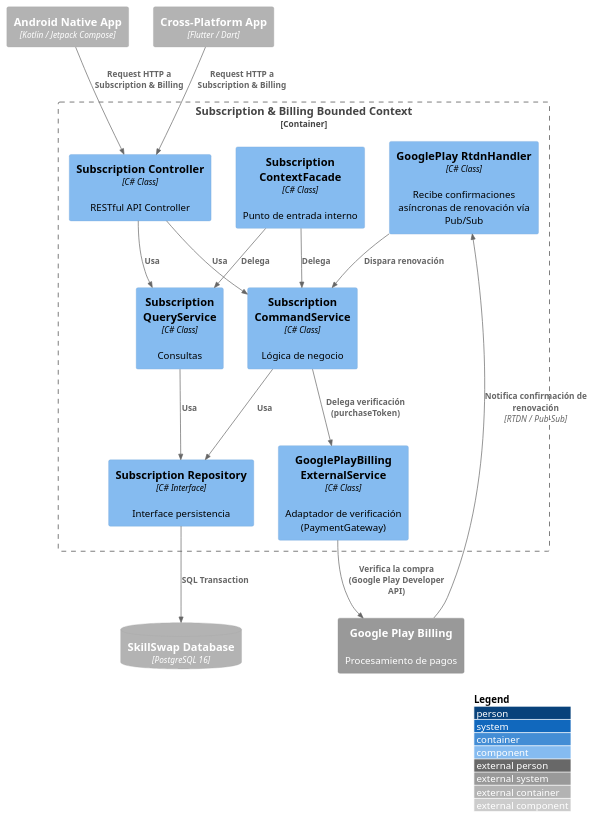
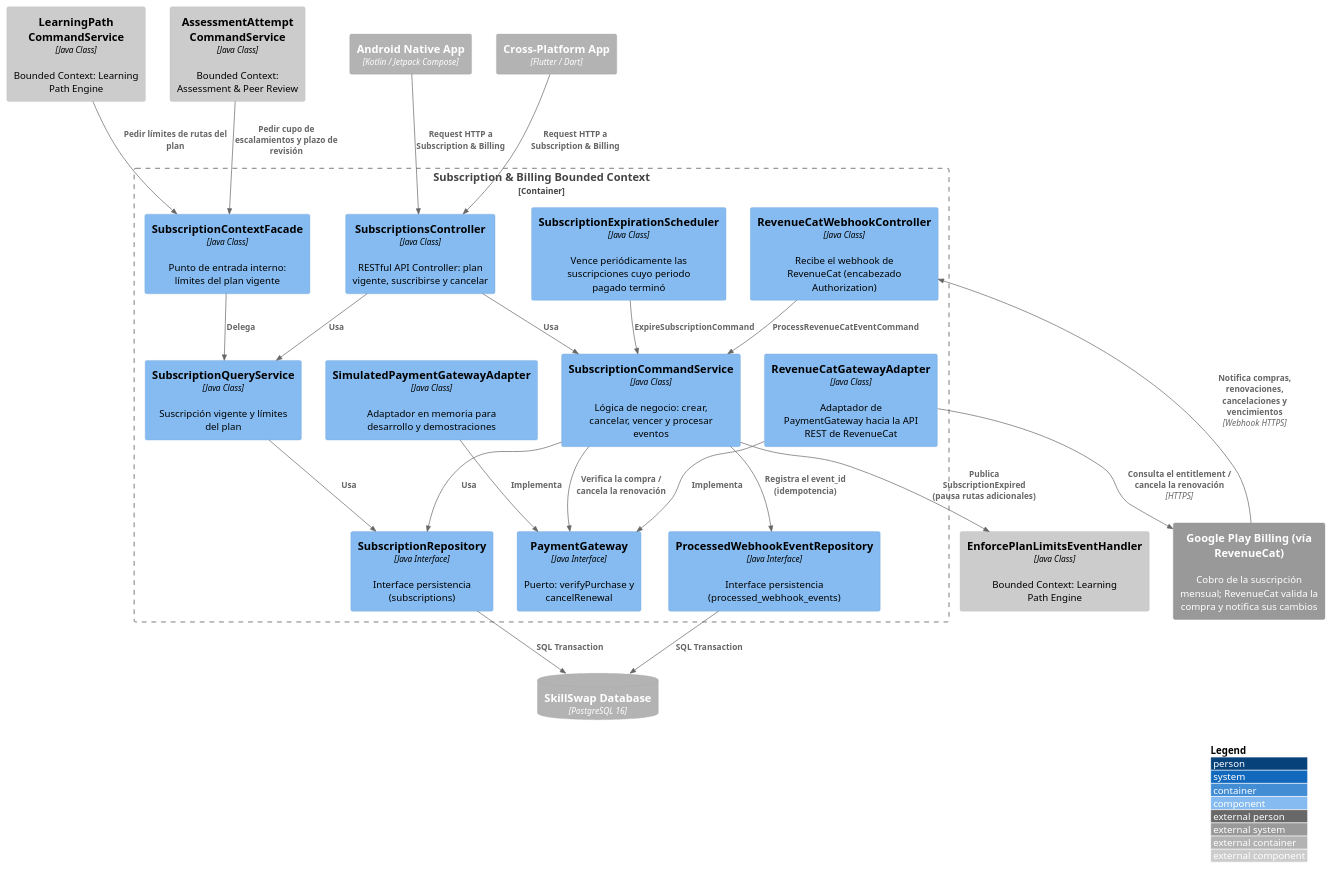
Before and after one commit to Aplicaciones-Dispositivos-Moviles/SkillSwap-ProjectReport: the diagram in DB&C4/Component_Diagram_Subscription_Billing.puml, drawn with PlantUML. The commit also changed 32 other files, not shown here.

First line of the commit message:
docs(images): regenerate C4, context map and class diagrams from updated PlantUML sources

```diff
--- a/DB&C4/Component_Diagram_Subscription_Billing.puml
+++ b/DB&C4/Component_Diagram_Subscription_Billing.puml
@@ -1,40 +1,54 @@
 @startuml SubscriptionBillingComponent
 !include https://raw.githubusercontent.com/plantuml-stdlib/C4-PlantUML/master/C4_Component.puml
 
 LAYOUT_WITH_LEGEND()
 
 Container_Ext(androidApp, "Android Native App", "Kotlin / Jetpack Compose")
 Container_Ext(flutterApp, "Cross-Platform App", "Flutter / Dart")
 ContainerDb_Ext(mainDB, "SkillSwap Database", "PostgreSQL 16")
-System_Ext(googlePlayBilling, "Google Play Billing", "Procesamiento de pagos")
+System_Ext(revenueCat, "Google Play Billing (vía RevenueCat)", "Cobro de la suscripción mensual; RevenueCat valida la compra y notifica sus cambios")
 
 Container_Boundary(subscriptionBC, "Subscription & Billing Bounded Context") {
-    Component(subscriptionController, "Subscription Controller", "C# Class", "RESTful API Controller")
-    Component(subscriptionCommandService, "Subscription CommandService", "C# Class", "Lógica de negocio")
-    Component(subscriptionQueryService, "Subscription QueryService", "C# Class", "Consultas")
-    Component(subscriptionRepository, "Subscription Repository", "C# Interface", "Interface persistencia")
-    Component(googlePlayGatewayExternal, "GooglePlayBilling ExternalService", "C# Class", "Adaptador de verificación (PaymentGateway)")
-    Component(rtdnHandler, "GooglePlay RtdnHandler", "C# Class", "Recibe confirmaciones asíncronas de renovación vía Pub/Sub")
-    Component(subscriptionContextFacade, "Subscription ContextFacade", "C# Class", "Punto de entrada interno")
+    Component(subscriptionsController, "SubscriptionsController", "Java Class", "RESTful API Controller: plan vigente, suscribirse y cancelar")
+    Component(webhookController, "RevenueCatWebhookController", "Java Class", "Recibe el webhook de RevenueCat (encabezado Authorization)")
+    Component(subscriptionCommandService, "SubscriptionCommandService", "Java Class", "Lógica de negocio: crear, cancelar, vencer y procesar eventos")
+    Component(subscriptionQueryService, "SubscriptionQueryService", "Java Class", "Suscripción vigente y límites del plan")
+    Component(expirationScheduler, "SubscriptionExpirationScheduler", "Java Class", "Vence periódicamente las suscripciones cuyo periodo pagado terminó")
+    Component(paymentGateway, "PaymentGateway", "Java Interface", "Puerto: verifyPurchase y cancelRenewal")
+    Component(revenueCatAdapter, "RevenueCatGatewayAdapter", "Java Class", "Adaptador de PaymentGateway hacia la API REST de RevenueCat")
+    Component(simulatedAdapter, "SimulatedPaymentGatewayAdapter", "Java Class", "Adaptador en memoria para desarrollo y demostraciones")
+    Component(subscriptionRepository, "SubscriptionRepository", "Java Interface", "Interface persistencia (subscriptions)")
+    Component(webhookEventRepository, "ProcessedWebhookEventRepository", "Java Interface", "Interface persistencia (processed_webhook_events)")
+    Component(subscriptionContextFacade, "SubscriptionContextFacade", "Java Class", "Punto de entrada interno: límites del plan vigente")
 }
 
-Rel(androidApp, subscriptionController, "Request HTTP a Subscription & Billing")
-Rel(flutterApp, subscriptionController, "Request HTTP a Subscription & Billing")
+Component_Ext(learningPathCommandService, "LearningPath CommandService", "Java Class", "Bounded Context: Learning Path Engine")
+Component_Ext(enforcePlanLimitsHandler, "EnforcePlanLimitsEventHandler", "Java Class", "Bounded Context: Learning Path Engine")
+Component_Ext(assessmentCommandService, "AssessmentAttempt CommandService", "Java Class", "Bounded Context: Assessment & Peer Review")
 
-Rel(subscriptionController, subscriptionCommandService, "Usa")
-Rel(subscriptionController, subscriptionQueryService, "Usa")
+Rel(androidApp, subscriptionsController, "Request HTTP a Subscription & Billing")
+Rel(flutterApp, subscriptionsController, "Request HTTP a Subscription & Billing")
+Rel(revenueCat, webhookController, "Notifica compras, renovaciones, cancelaciones y vencimientos", "Webhook HTTPS")
+
+Rel(subscriptionsController, subscriptionCommandService, "Usa")
+Rel(subscriptionsController, subscriptionQueryService, "Usa")
+Rel(webhookController, subscriptionCommandService, "ProcessRevenueCatEventCommand")
+Rel(expirationScheduler, subscriptionCommandService, "ExpireSubscriptionCommand")
+
+Rel(subscriptionCommandService, paymentGateway, "Verifica la compra / cancela la renovación")
+Rel(revenueCatAdapter, paymentGateway, "Implementa")
+Rel(simulatedAdapter, paymentGateway, "Implementa")
+Rel(revenueCatAdapter, revenueCat, "Consulta el entitlement / cancela la renovación", "HTTPS")
 
 Rel(subscriptionCommandService, subscriptionRepository, "Usa")
+Rel(subscriptionCommandService, webhookEventRepository, "Registra el event_id (idempotencia)")
 Rel(subscriptionQueryService, subscriptionRepository, "Usa")
 Rel(subscriptionRepository, mainDB, "SQL Transaction")
+Rel(webhookEventRepository, mainDB, "SQL Transaction")
 
-Rel(subscriptionCommandService, googlePlayGatewayExternal, "Delega verificación (purchaseToken)")
-Rel(googlePlayGatewayExternal, googlePlayBilling, "Verifica la compra (Google Play Developer API)")
-
-Rel(googlePlayBilling, rtdnHandler, "Notifica confirmación de renovación", "RTDN / Pub-Sub")
-Rel(rtdnHandler, subscriptionCommandService, "Dispara renovación")
-
-Rel(subscriptionContextFacade, subscriptionCommandService, "Delega")
 Rel(subscriptionContextFacade, subscriptionQueryService, "Delega")
+Rel(learningPathCommandService, subscriptionContextFacade, "Pedir límites de rutas del plan")
+Rel(assessmentCommandService, subscriptionContextFacade, "Pedir cupo de escalamientos y plazo de revisión")
+Rel(subscriptionCommandService, enforcePlanLimitsHandler, "Publica SubscriptionExpired (pausa rutas adicionales)")
 
 @enduml
```
